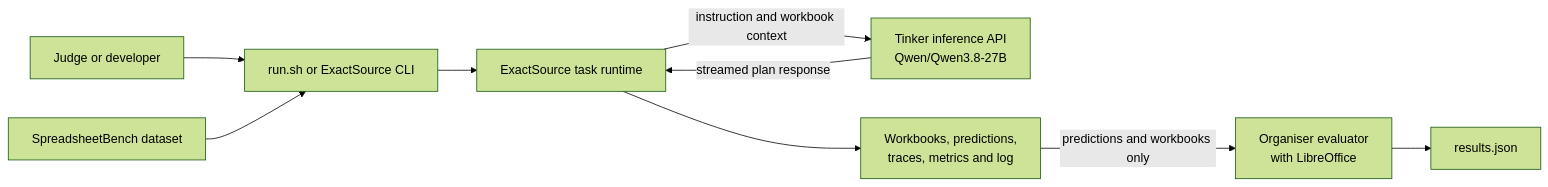
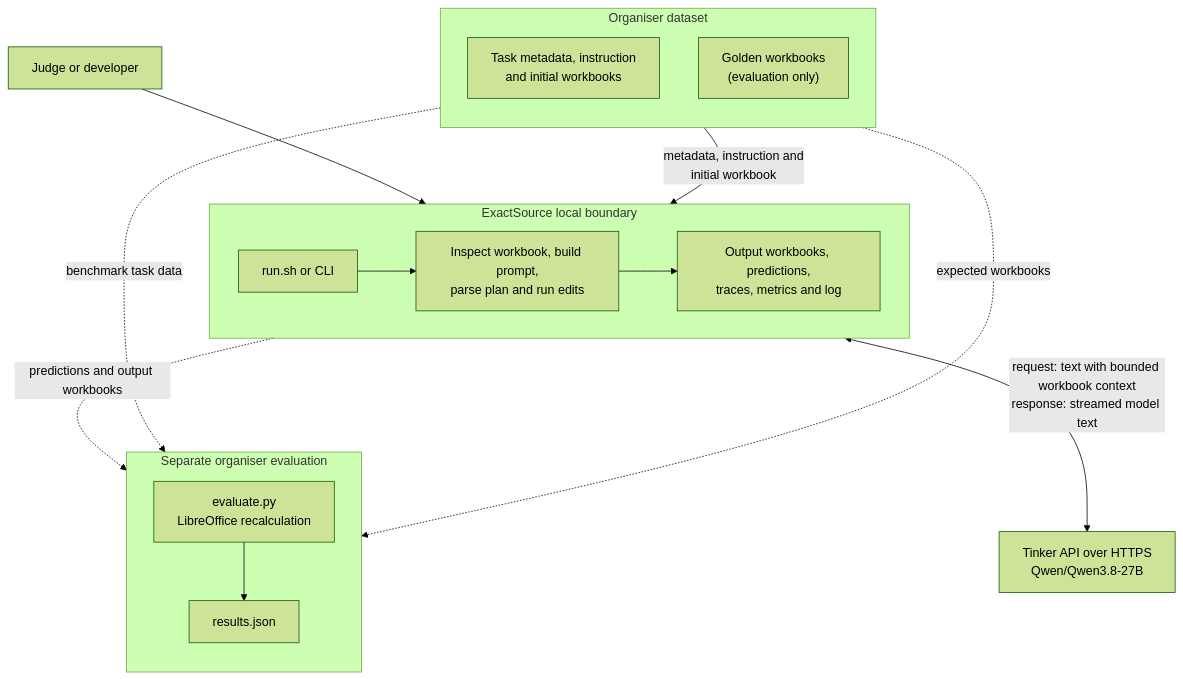
The first of 2 diagrams in docs/ARCHITECTURE.md (MasteraSnackin/ExactSource), drawn with Mermaid (forest theme) before and after one commit. The commit also changed other lines of this file and 1 other file, not shown here.

Commit message:
docs: clarify ExactSource architecture diagrams

````diff
--- a/docs/ARCHITECTURE.md
+++ b/docs/ARCHITECTURE.md
@@ -32,13 +32,38 @@
 ```mermaid
-flowchart LR
-    accTitle: ExactSource system context
-    accDescr: A judge or developer runs ExactSource against a SpreadsheetBench dataset. ExactSource calls Tinker and writes local artefacts. The organiser evaluator receives only the predictions and referenced workbooks.
-    Operator["Judge or developer"] --> Entry["run.sh or ExactSource CLI"]
-    Dataset["SpreadsheetBench dataset"] --> Entry
-    Entry --> Runtime["ExactSource task runtime"]
-    Runtime -->|"instruction and workbook context"| Tinker["Tinker inference API<br/>Qwen/Qwen3.8-27B"]
-    Tinker -->|"streamed plan response"| Runtime
-    Runtime --> Output["Workbooks, predictions,<br/>traces, metrics and log"]
-    Output -->|"predictions and workbooks only"| Evaluator["Organiser evaluator<br/>with LibreOffice"]
-    Evaluator --> Result["results.json"]
+flowchart TB
+    accTitle: ExactSource data and runtime boundaries
+    accDescr: A judge or developer runs ExactSource against an organiser dataset. The solve path reads task metadata, the instruction and the initial workbook, sends a text request containing bounded workbook context to Qwen through Tinker, and writes local artefacts. Golden workbooks stay outside the solve path and are used only during separate organiser evaluation.
+
+    Operator["Judge or developer"]
+
+    subgraph DatasetBoundary["Organiser dataset"]
+        direction TB
+        TaskInput["Task metadata, instruction<br/>and initial workbooks"]
+        Golden["Golden workbooks<br/>(evaluation only)"]
+    end
+
+    subgraph ExactSourceBoundary["ExactSource local boundary"]
+        direction LR
+        Entry["run.sh or CLI"]
+        Runtime["Inspect workbook, build prompt,<br/>parse plan and run edits"]
+        Artefacts["Output workbooks, predictions,<br/>traces, metrics and log"]
+        Entry --> Runtime
+        Runtime --> Artefacts
+    end
+
+    Tinker["Tinker API over HTTPS<br/>Qwen/Qwen3.8-27B"]
+
+    subgraph EvaluationBoundary["Separate organiser evaluation"]
+        direction TB
+        Evaluator["evaluate.py<br/>LibreOffice recalculation"]
+        Result["results.json"]
+        Evaluator --> Result
+    end
+
+    Operator --> Entry
+    TaskInput -->|"metadata, instruction and<br/>initial workbook"| Entry
+    Runtime <-->|"request: text with bounded workbook context<br/>response: streamed model text"| Tinker
+    Artefacts -.->|"predictions and output workbooks"| Evaluator
+    TaskInput -.->|"benchmark task data"| Evaluator
+    Golden -.->|"expected workbooks"| Evaluator
 ```
````
